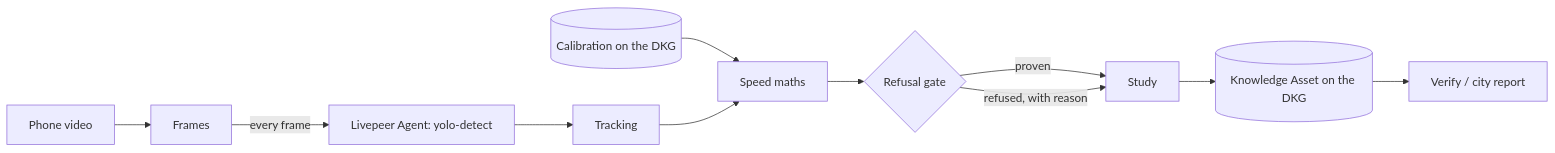
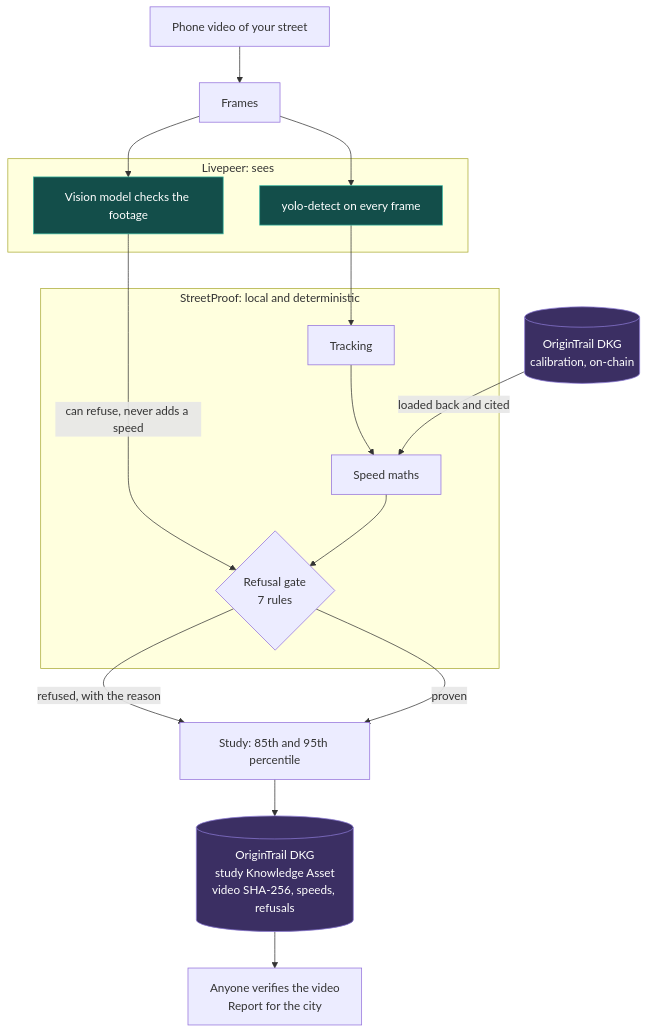
One commit to sidharthnair7/streetproof changed the diagram in README.md. Above: the diagram before and after it, drawn with Mermaid. The commit also changed other lines of this file and 8 other files, not shown here.

````diff
--- a/README.md
+++ b/README.md
@@ -27,13 +35,25 @@
 ```mermaid
-flowchart LR
-  V[Phone video] --> F[Frames]
-  F -->|every frame| L[Livepeer Agent: yolo-detect]
-  L --> T[Tracking]
-  C[(Calibration on the DKG)] --> S
-  T --> S[Speed maths]
-  S --> G{Refusal gate}
-  G -->|proven| R[Study]
-  G -->|refused, with reason| R
-  R --> K[(Knowledge Asset on the DKG)]
-  K --> Y[Verify / city report]
+flowchart TD
+  V["Phone video of your street"] --> F["Frames"]
+  subgraph LP["Livepeer: sees"]
+    L["yolo-detect on every frame"]
+    N["Vision model checks the footage"]
+  end
+  F --> L
+  F --> N
+  C[("OriginTrail DKG<br/>calibration, on-chain")]
+  subgraph LOCAL["StreetProof: local and deterministic"]
+    T["Tracking"] --> S["Speed maths"] --> G{"Refusal gate<br/>7 rules"}
+  end
+  L --> T
+  C -->|loaded back and cited| S
+  N -->|can refuse, never adds a speed| G
+  G -->|proven| R["Study: 85th and 95th percentile"]
+  G -->|refused, with the reason| R
+  R --> K[("OriginTrail DKG<br/>study Knowledge Asset<br/>video SHA-256, speeds, refusals")]
+  K --> Y["Anyone verifies the video<br/>Report for the city"]
+  classDef lp fill:#134e4a,stroke:#3bb9a3,color:#ffffff
+  classDef dkg fill:#3b2f63,stroke:#8c7ad6,color:#ffffff
+  class L,N lp
+  class C,K dkg
 ```
````
